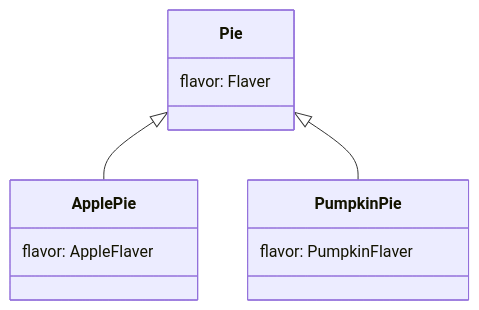
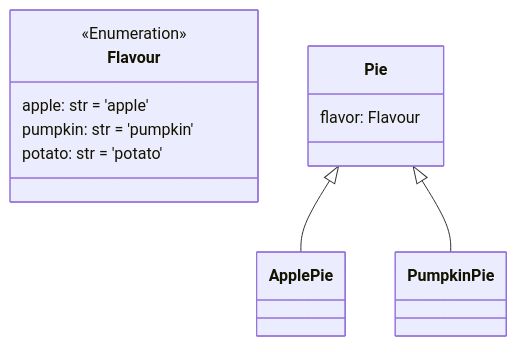
The diagram in tests/mock/enum_example.md (EricWebsmith/pydantic_mermaid), drawn with Mermaid before and after one commit. The commit also changed 1 other file, not shown here.

Commit message:
test: Make enum tests more meaningful

````diff
--- a/tests/mock/enum_example.md
+++ b/tests/mock/enum_example.md
@@ -1,18 +1,23 @@
 ```mermaid
 classDiagram
+    class Flavour {
+        <<Enumeration>>
+        apple: str = 'apple'
+        pumpkin: str = 'pumpkin'
+        potato: str = 'potato'
+    }
+
     class Pie {
-        flavor: Flaver
+        flavor: Flavour
     }
 
     class ApplePie {
-        flavor: AppleFlaver
     }
 
     class PumpkinPie {
-        flavor: PumpkinFlaver
     }
 
 
     Pie <|-- ApplePie
     Pie <|-- PumpkinPie
 ```
````
